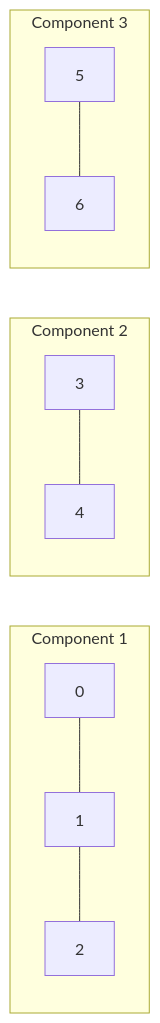
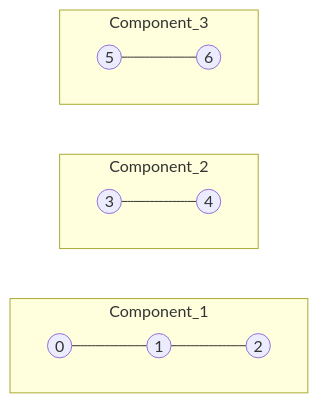
The diagram in practical_exam/q8_connected_components.md (Hike-12/CCP), drawn with Mermaid before and after one commit. The commit also changed other lines of this file and 17 other files, not shown here.

````diff
--- a/practical_exam/q8_connected_components.md
+++ b/practical_exam/q8_connected_components.md
@@ -62,12 +194,17 @@
 ```mermaid
 graph LR
-    subgraph "Component 1"
-    N0[0] --- N1[1] --- N2[2]
+    subgraph Component_1
+        direction LR
+        N0((0)) --- N1((1)) --- N2((2))
     end
-    subgraph "Component 2"
-    N3[3] --- N4[4]
+    
+    subgraph Component_2
+        direction LR
+        N3((3)) --- N4((4))
     end
-    subgraph "Component 3"
-    N5[5] --- N6[6]
+    
+    subgraph Component_3
+        direction LR
+        N5((5)) --- N6((6))
     end
 ```
````
